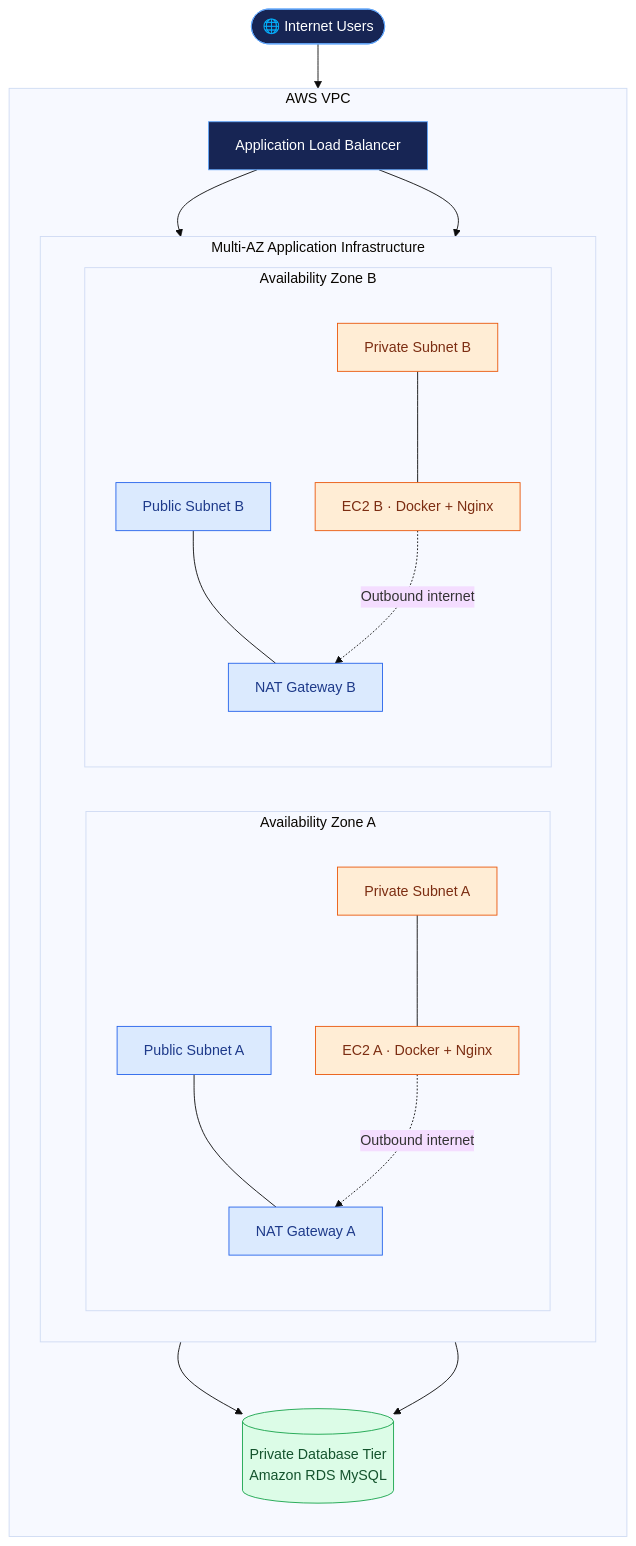
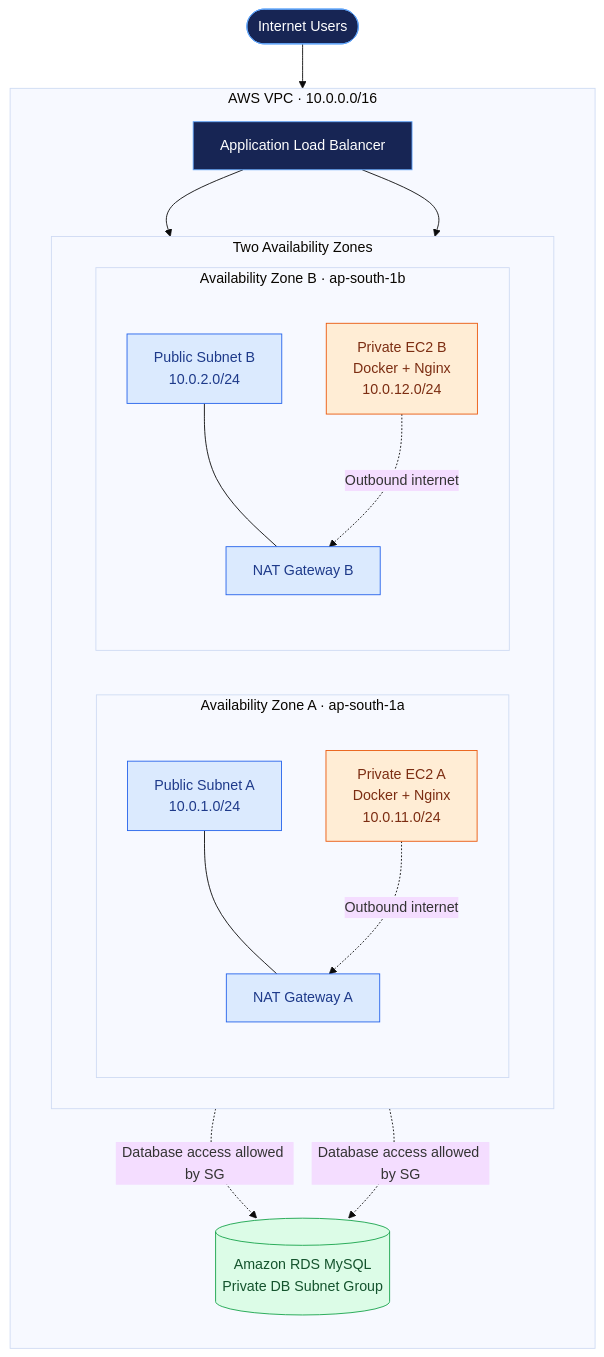
The diagram in README.md (devops-portfolio-vijay/terraform-aws-2tier-architecture), drawn with Mermaid (base theme) before and after one commit. The commit also changed other lines of this file, not shown here.

````diff
--- a/README.md
+++ b/README.md
@@ -7,57 +7,50 @@
 ```mermaid
 flowchart TB
-    USER(["🌐 Internet Users"])
+    USER(["Internet Users"])
     ALB["Application Load Balancer"]
 
     USER --> ALB
 
-    subgraph VPC["AWS VPC"]
+    subgraph VPC["AWS VPC · 10.0.0.0/16"]
         direction TB
 
-        subgraph AZS["Multi-AZ Application Infrastructure"]
+        subgraph ZONES["Two Availability Zones"]
             direction LR
 
-            subgraph AZA["Availability Zone A"]
+            subgraph AZA["Availability Zone A · ap-south-1a"]
                 direction TB
-                PA["Public Subnet A"]
+                PA["Public Subnet A<br/>10.0.1.0/24"]
                 NA["NAT Gateway A"]
-                PVA["Private Subnet A"]
-                EA["EC2 A · Docker + Nginx"]
-
+                EA["Private EC2 A<br/>Docker + Nginx<br/>10.0.11.0/24"]
                 PA --- NA
-                PVA --- EA
+                EA -. "Outbound internet" .-> NA
             end
 
-            subgraph AZB["Availability Zone B"]
+            subgraph AZB["Availability Zone B · ap-south-1b"]
                 direction TB
-                PB["Public Subnet B"]
+                PB["Public Subnet B<br/>10.0.2.0/24"]
                 NB["NAT Gateway B"]
-                PVB["Private Subnet B"]
-                EB["EC2 B · Docker + Nginx"]
-
+                EB["Private EC2 B<br/>Docker + Nginx<br/>10.0.12.0/24"]
                 PB --- NB
-                PVB --- EB
+                EB -. "Outbound internet" .-> NB
             end
         end
 
-        DB[("Private Database Tier<br/>Amazon RDS MySQL")]
-
         ALB --> EA
         ALB --> EB
-        EA --> DB
-        EB --> DB
 
-        EA -. "Outbound internet" .-> NA
-        EB -. "Outbound internet" .-> NB
+        DB[("Amazon RDS MySQL<br/>Private DB Subnet Group")]
+        EA -. "Database access allowed by SG" .-> DB
+        EB -. "Database access allowed by SG" .-> DB
     end
 
-    classDef internet fill:#172554,color:#ffffff,stroke:#60a5fa
+    classDef entry fill:#172554,color:#ffffff,stroke:#60a5fa
     classDef public fill:#dbeafe,color:#1e3a8a,stroke:#2563eb
     classDef private fill:#ffedd5,color:#7c2d12,stroke:#ea580c
     classDef database fill:#dcfce7,color:#14532d,stroke:#16a34a
 
-    class USER,ALB internet
+    class USER,ALB entry
     class PA,PB,NA,NB public
-    class PVA,PVB,EA,EB private
+    class EA,EB private
     class DB database
 ```
````
